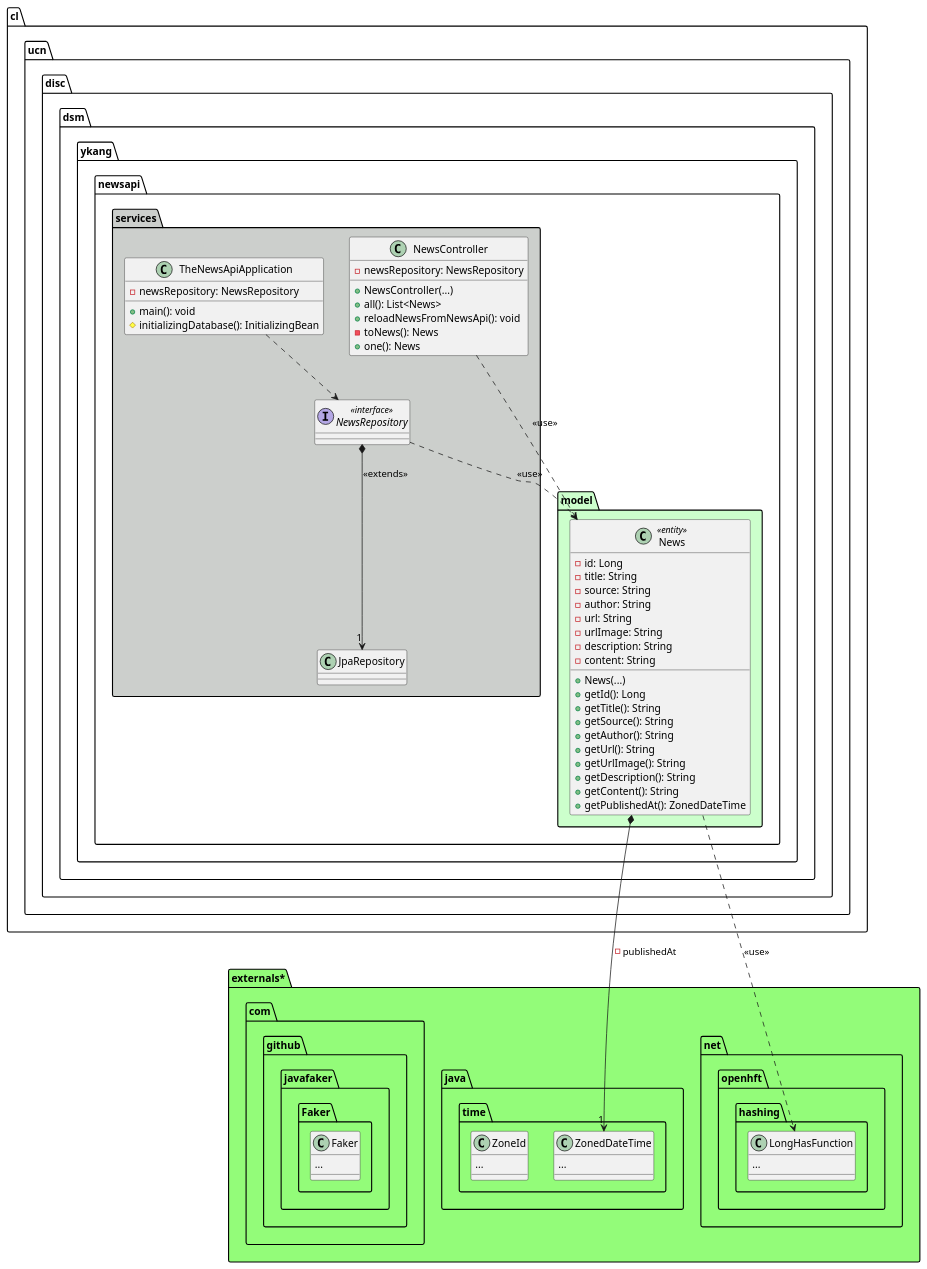
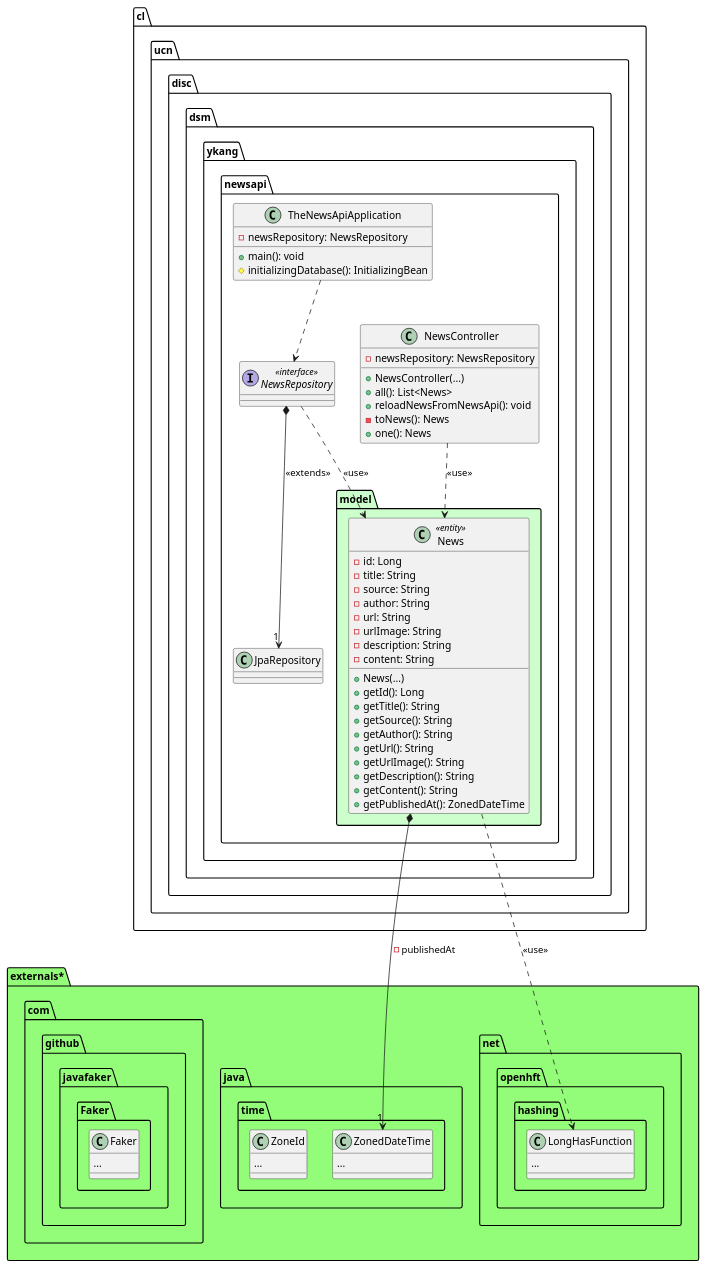
The diagram in README.md (Youngmin-Kang/The_News_API), drawn with PlantUML before and after one commit.

Commit message:
docs(README): change design Class plantUML Diagram

````diff
--- a/README.md
+++ b/README.md
@@ -6,77 +6,77 @@
 ```puml
 @startuml
 package externals* #93FC79{
     package java.time{    
         class ZonedDateTime{
             ...
         }    
         class ZoneId{
             ...
         }
     }
     package net.openhft.hashing{
     
         class LongHasFunction{
             ...
         }
     }    
     package com.github.javafaker.Faker{
     
         class Faker{
             ...
         }
     }
 }
 
 package cl.ucn.disc.dsm.ykang.newsapi {
    package model #ccffcc{
         class News <<entity>>{
             - id: Long
             - title: String
             - source: String
             - author: String
             - url: String
             - urlImage: String
             - description: String
             - content: String
             + News(...)
             + getId(): Long
             + getTitle(): String
             + getSource(): String
             + getAuthor(): String
             + getUrl(): String
             + getUrlImage(): String
             + getDescription(): String
             + getContent(): String
             + getPublishedAt(): ZonedDateTime     
         }
         News *--> "1" ZonedDateTime : - publishedAt
         News ..> LongHasFunction : <<use>>
    }
-   package services #cccfccfc{
+   
         interface NewsRepository <<interface>>{
         }
         NewsRepository ..> News : <<use>>
         NewsRepository *--> "1" JpaRepository : <<extends>>
         
         class NewsController {
             -newsRepository: NewsRepository
             +NewsController(...)
             +all(): List<News>
             +reloadNewsFromNewsApi(): void
             -toNews(): News
             +one(): News
         }
         NewsController ..> News : <<use>>
         class TheNewsApiApplication {
             -newsRepository: NewsRepository
             +main(): void
             #initializingDatabase(): InitializingBean
         }
         TheNewsApiApplication ..> NewsRepository
        
-   }
+  
    
 }
 @enduml
 ```
````
